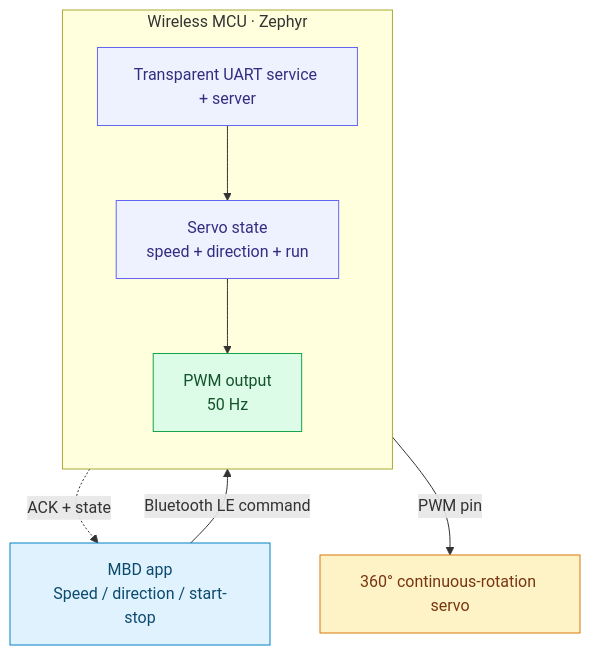
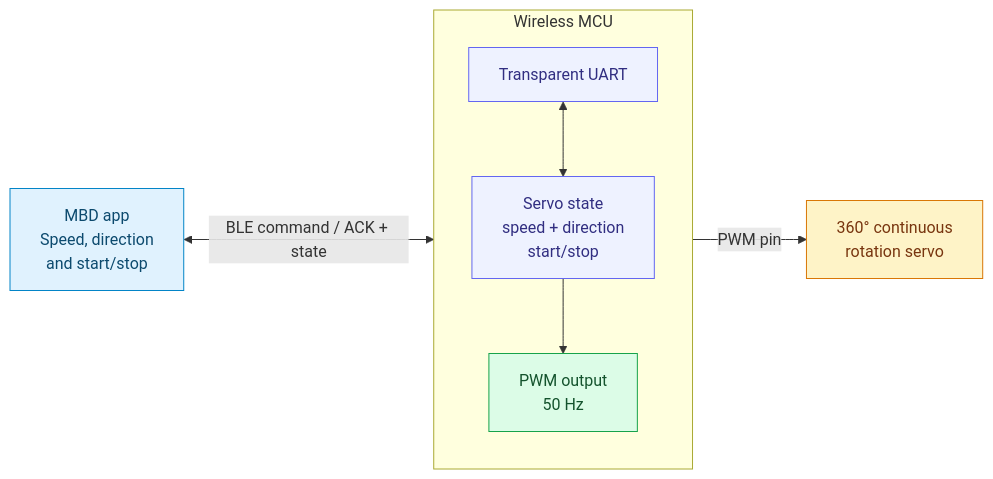
The second of 4 diagrams in README.md (MicrochipTech/Bluetooth_LE_360_Servo_Motor_Control), drawn with Mermaid before and after one commit. The commit also changed other lines of this file, not shown here.

Commit message:
Align BLE sequence diagram with architecture

````diff
--- a/README.md
+++ b/README.md
@@ -287,17 +287,16 @@
 ```mermaid
-flowchart TB
-    A["MBD app<br/>Speed / direction / start-stop"]
-    subgraph BOARD["Wireless MCU · Zephyr"]
+flowchart LR
+    A["MBD app<br/>Speed, direction<br/>and start/stop"]
+    subgraph BOARD["Wireless MCU"]
         direction TB
-        B["Transparent UART service + server"] --> C["Servo state<br/>speed + direction + run"]
+        B["Transparent UART"] <--> C["Servo state<br/>speed + direction<br/>start/stop"]
         C --> D["PWM output<br/>50 Hz"]
     end
-    A -->|"Bluetooth LE command"| B
-    C -.->|"ACK + state"| A
-    D -->|"PWM pin"| E["360° continuous-rotation servo"]
+    A <-->|"BLE command / ACK + state"| B
+    D -->|"PWM pin"| E["360° continuous<br/>rotation servo"]
     style A fill:#e0f2fe,stroke:#0284c7,color:#0c4a6e
     style B fill:#eef2ff,stroke:#6366f1,color:#312e81
     style C fill:#eef2ff,stroke:#6366f1,color:#312e81
     style D fill:#dcfce7,stroke:#16a34a,color:#14532d
     style E fill:#fef3c7,stroke:#d97706,color:#78350f
 ```
````
